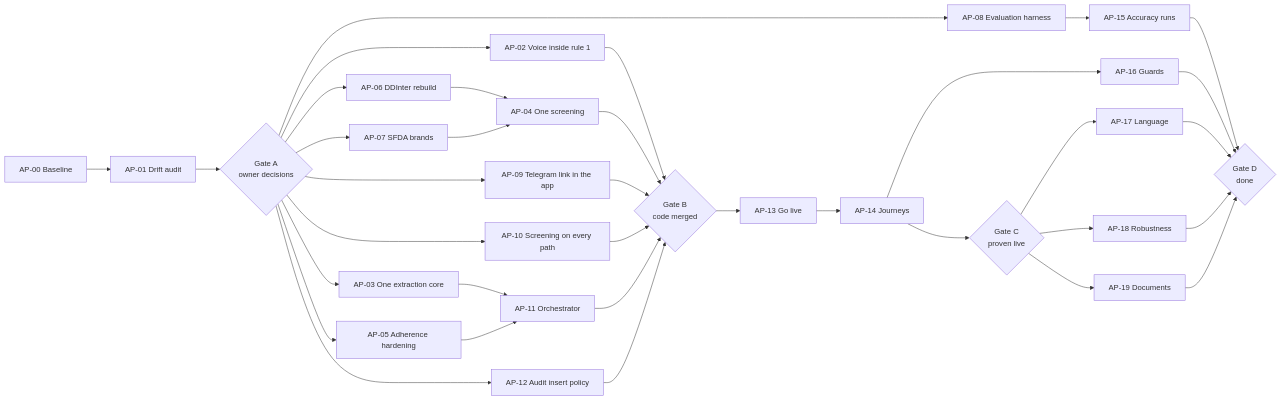
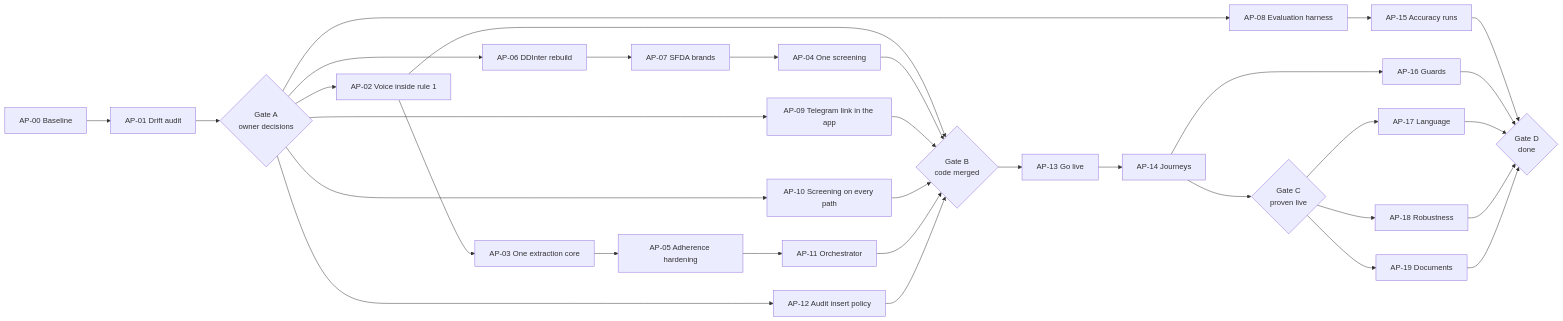
One commit to Hamad-Almesri-Coded-Bootcamp/try-Juraah-Hamad changed the diagram in docs/AGENTS-POLISH-PLAN.md. Above: the diagram before and after it, drawn with Mermaid. The commit also changed other lines of this file, not shown here.

Commit message:
docs: agents polish plan: run modes match the four gates; access before the run
RUN MODE now offers GATE A, AP-NN, GATE B, GATE C, GATE D and ALL, each
defined, instead of phase names the plan never defined. The map draws
the Telegram and drug-knowledge lanes in their real order. Section 4
says Hamad grants Vercel and Supabase access before Gate A, or runs
those checks.

````diff
--- a/docs/AGENTS-POLISH-PLAN.md
+++ b/docs/AGENTS-POLISH-PLAN.md
@@ -246,34 +251,32 @@
 ```mermaid
 flowchart LR
   A0["AP-00 Baseline"] --> A1["AP-01 Drift audit"] --> GA{"Gate A<br/>owner decisions"}
   GA --> B2["AP-02 Voice inside rule 1"]
-  GA --> B3["AP-03 One extraction core"]
-  GA --> B5["AP-05 Adherence hardening"]
+  B2 --> B3["AP-03 One extraction core"]
+  B3 --> B5["AP-05 Adherence hardening"]
   GA --> C6["AP-06 DDInter rebuild"]
-  GA --> C7["AP-07 SFDA brands"]
+  C6 --> C7["AP-07 SFDA brands"]
   GA --> C8["AP-08 Evaluation harness"]
   GA --> D9["AP-09 Telegram link in the app"]
   GA --> D10["AP-10 Screening on every path"]
   GA --> D12["AP-12 Audit insert policy"]
-  C6 --> B4["AP-04 One screening"]
-  C7 --> B4
-  B3 --> D11["AP-11 Orchestrator"]
-  B5 --> D11
+  C7 --> B4["AP-04 One screening"]
+  B5 --> D11["AP-11 Orchestrator"]
   B2 --> GB{"Gate B<br/>code merged"}
   B4 --> GB
   D9 --> GB
   D10 --> GB
   D11 --> GB
   D12 --> GB
   GB --> D13["AP-13 Go live"] --> E14["AP-14 Journeys"] --> GC{"Gate C<br/>proven live"}
   C8 --> E15["AP-15 Accuracy runs"]
   E14 --> E16["AP-16 Guards"]
   GC --> F17["AP-17 Language"]
   GC --> F18["AP-18 Robustness"]
   GC --> F19["AP-19 Documents"]
   E15 --> GD{"Gate D<br/>done"}
   E16 --> GD
   F17 --> GD
   F18 --> GD
   F19 --> GD
 ```
````
